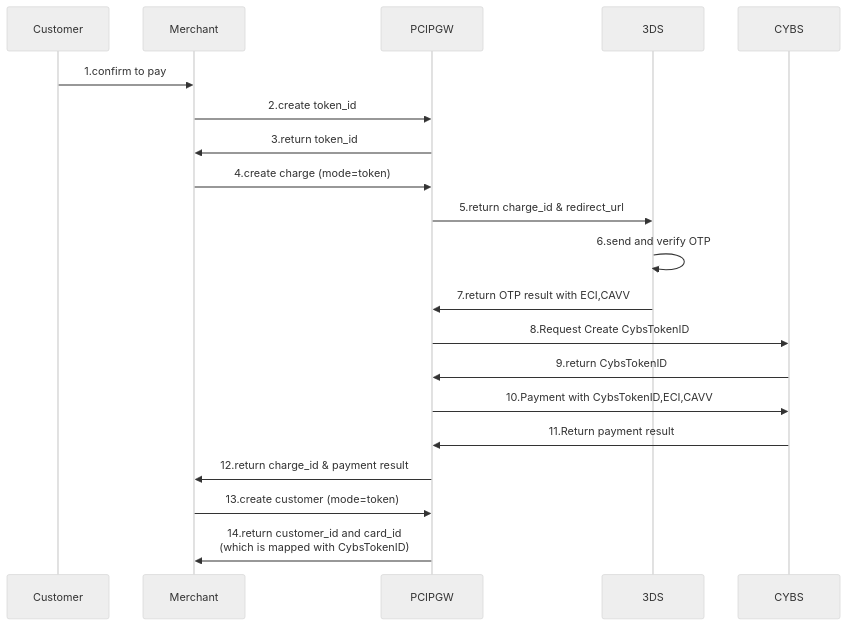
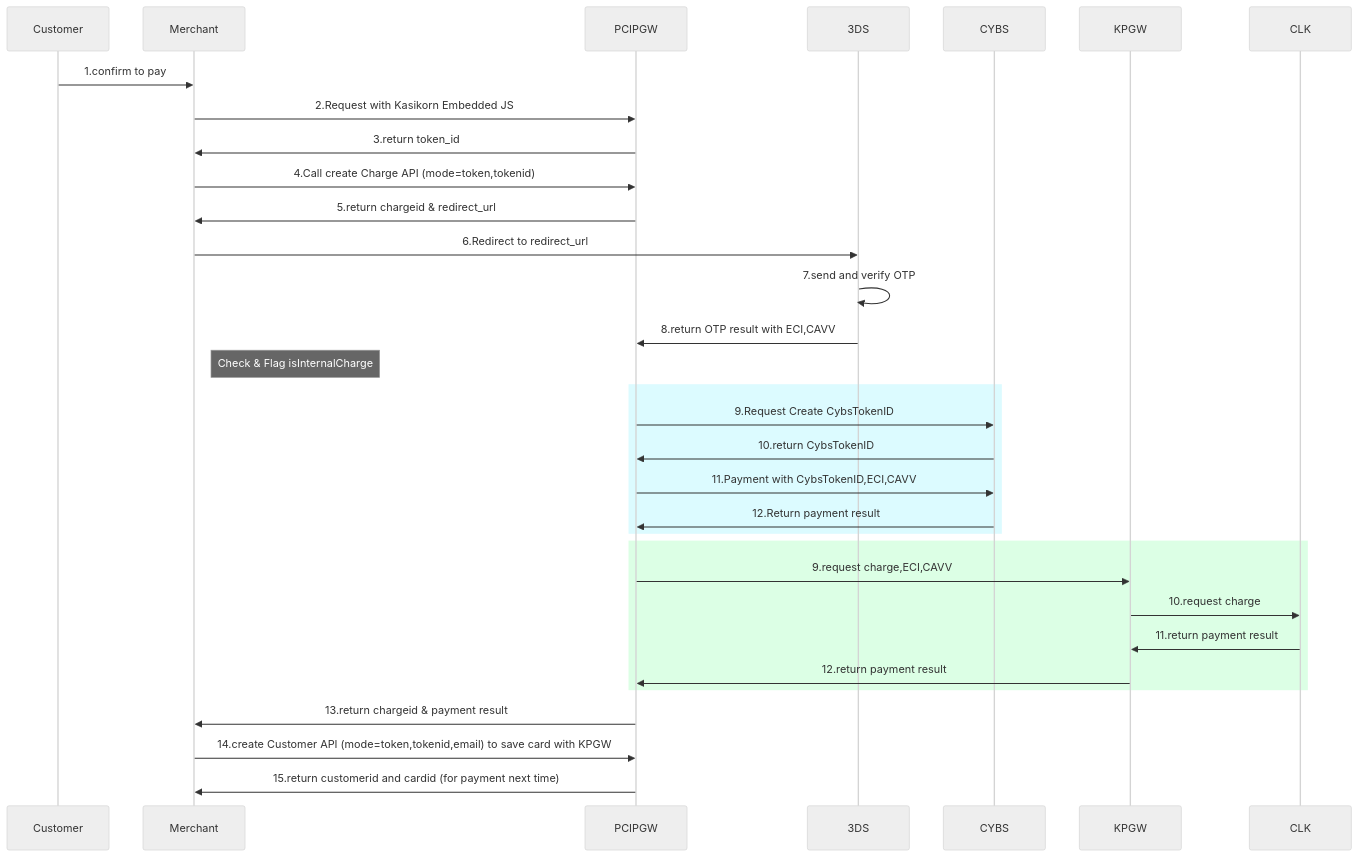
Before and after one commit to yuusuke25/MyNotes: the second of 6 diagrams in Cybs-Ph2-Flow1.md, drawn with Mermaid (neutral theme). The commit also changed other lines of this file, not shown here.

````diff
--- a/Cybs-Ph2-Flow1.md
+++ b/Cybs-Ph2-Flow1.md
@@ -23,19 +31,33 @@
 ```mermaid
     sequenceDiagram
         Customer->>Merchant:1.confirm to pay
-        Merchant->>PCIPGW:2.create token_id
+        Merchant->>PCIPGW:2.Request with Kasikorn Embedded JS
         PCIPGW->>Merchant:3.return token_id
-        Merchant->>PCIPGW:4.create charge (mode=token)
-        PCIPGW->>3DS:5.return charge_id & redirect_url
-        3DS->>3DS:6.send and verify OTP
-        3DS->>PCIPGW:7.return OTP result with ECI,CAVV
-        PCIPGW->>CYBS:8.Request Create CybsTokenID
-        CYBS->>PCIPGW:9.return CybsTokenID
-        PCIPGW->>CYBS:10.Payment with CybsTokenID,ECI,CAVV
-        CYBS->>PCIPGW:11.Return payment result
-        PCIPGW->>Merchant:12.return charge_id & payment result
+        Merchant->>PCIPGW:4.Call create Charge API (mode=token,tokenid)
+        PCIPGW->>Merchant:5.return chargeid & redirect_url
+        
+        Merchant->>3DS:6.Redirect to redirect_url
+        3DS->>3DS:7.send and verify OTP
+        3DS->>PCIPGW:8.return OTP result with ECI,CAVV
+            
+        Note right of Merchant: Check & Flag isInternalCharge
+        rect rgb(220, 251, 255)
+            PCIPGW->>CYBS:9.Request Create CybsTokenID
+            CYBS->>PCIPGW:10.return CybsTokenID
+            PCIPGW->>CYBS:11.Payment with CybsTokenID,ECI,CAVV
+            CYBS->>PCIPGW:12.Return payment result
+        end
+        
+        rect rgb(220, 255, 229)
+            PCIPGW->>KPGW:9.request charge,ECI,CAVV
+            KPGW->>CLK:10.request charge
+            CLK->>KPGW:11.return payment result
+            KPGW->>PCIPGW:12.return payment result
+        end
+        
+        PCIPGW->>Merchant:13.return chargeid & payment result
 
-        Merchant->>PCIPGW:13.create customer (mode=token)
-        PCIPGW->>Merchant:14.return customer_id and card_id <br>(which is mapped with CybsTokenID)
+        Merchant->>PCIPGW:14.create Customer API (mode=token,tokenid,email) to save card with KPGW
+        PCIPGW->>Merchant:15.return customerid and cardid (for payment next time)
 
 ```
````
